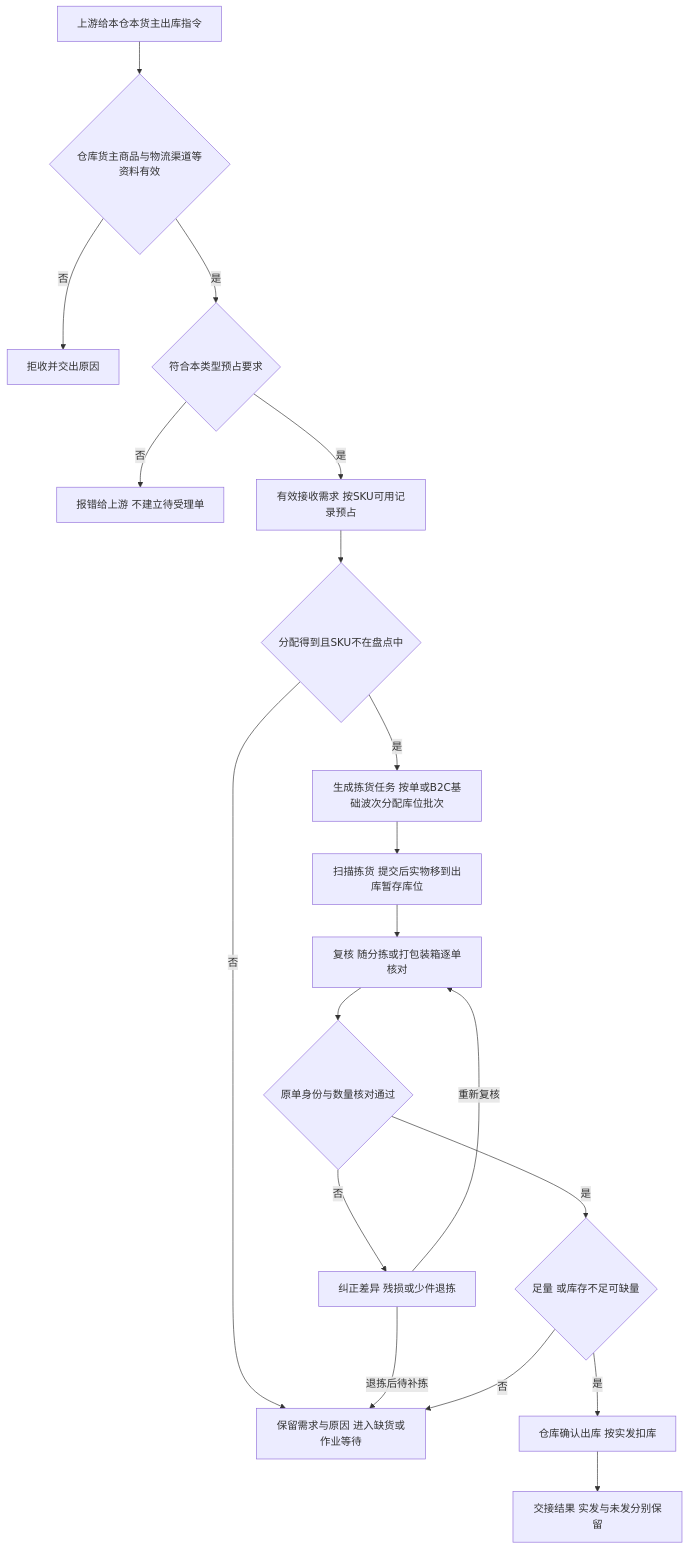
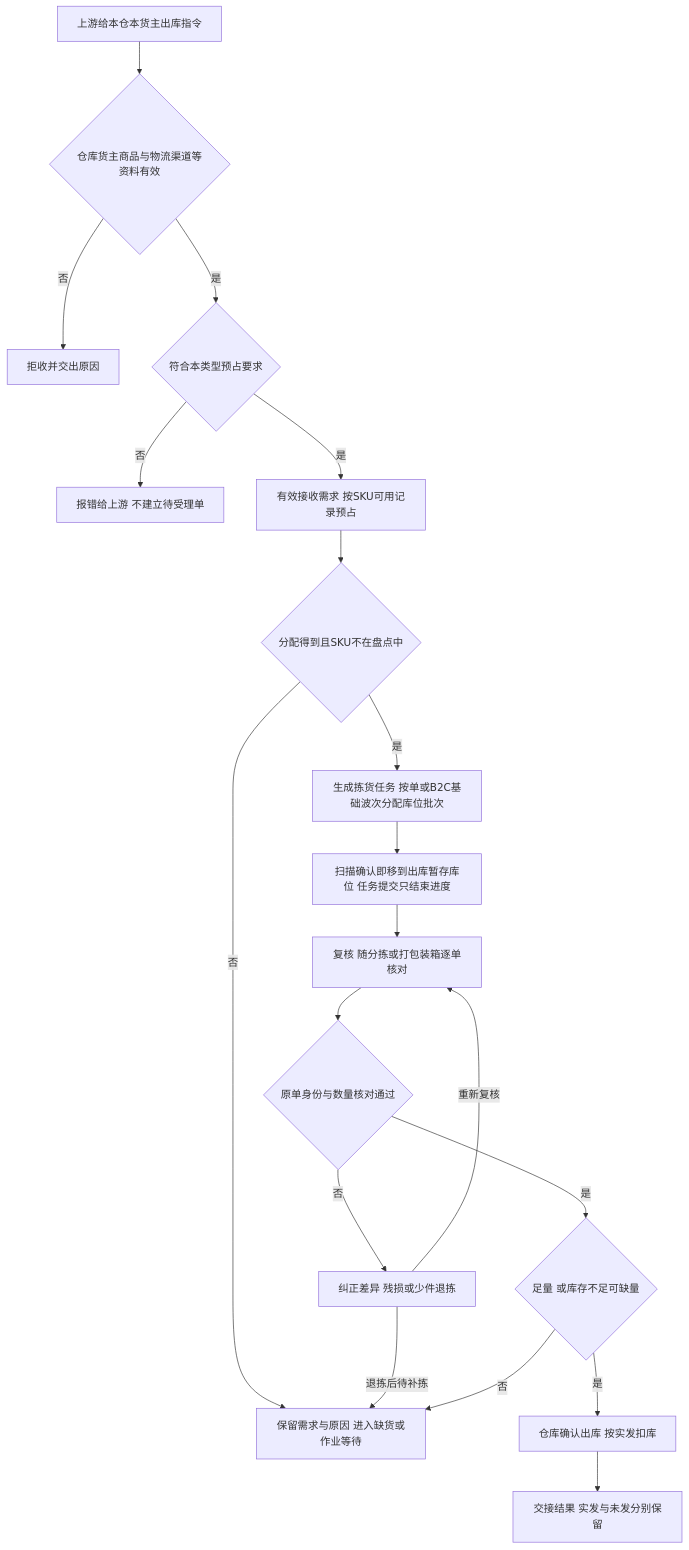
One commit to TopVitamin/QS-WMS-Project changed the diagram in 04-业务分析和设计/03-出库业务设计.md. Above: the diagram before and after it, drawn with Mermaid. The commit also changed other lines of this file and 281 other files, not shown here.

````diff
--- a/04-业务分析和设计/03-出库业务设计.md
+++ b/04-业务分析和设计/03-出库业务设计.md
@@ -96,21 +96,21 @@
 ```mermaid
 flowchart TD
     A[上游给本仓本货主出库指令] --> B{仓库货主商品与物流渠道等资料有效}
     B -->|否| C[拒收并交出原因]
     B -->|是| D{符合本类型预占要求}
     D -->|否| R[报错给上游 不建立待受理单]
     D -->|是| S[有效接收需求 按SKU可用记录预占]
     S --> E{分配得到且SKU不在盘点中}
     E -->|否| F[保留需求与原因 进入缺货或作业等待]
     E -->|是| G[生成拣货任务 按单或B2C基础波次分配库位批次]
-    G --> H[扫描拣货 提交后实物移到出库暂存库位]
+    G --> H[扫描确认即移到出库暂存库位 任务提交只结束进度]
     H --> K[复核 随分拣或打包装箱逐单核对]
     K --> I{原单身份与数量核对通过}
     I -->|否| J[纠正差异 残损或少件退拣]
     J -->|重新复核| K
     J -->|退拣后待补拣| F
     I -->|是| L{足量 或库存不足可缺量}
     L -->|否| F
     L -->|是| M[仓库确认出库 按实发扣库]
     M --> N[交接结果 实发与未发分别保留]
 ```
````
